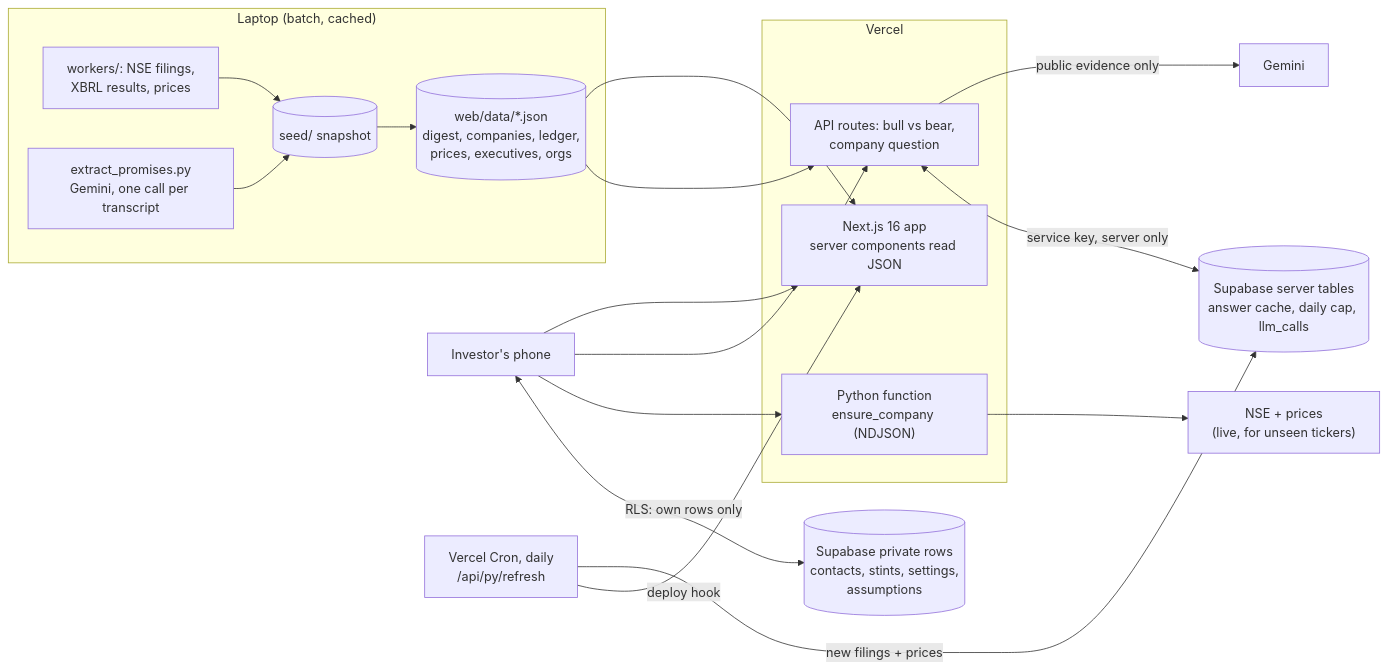
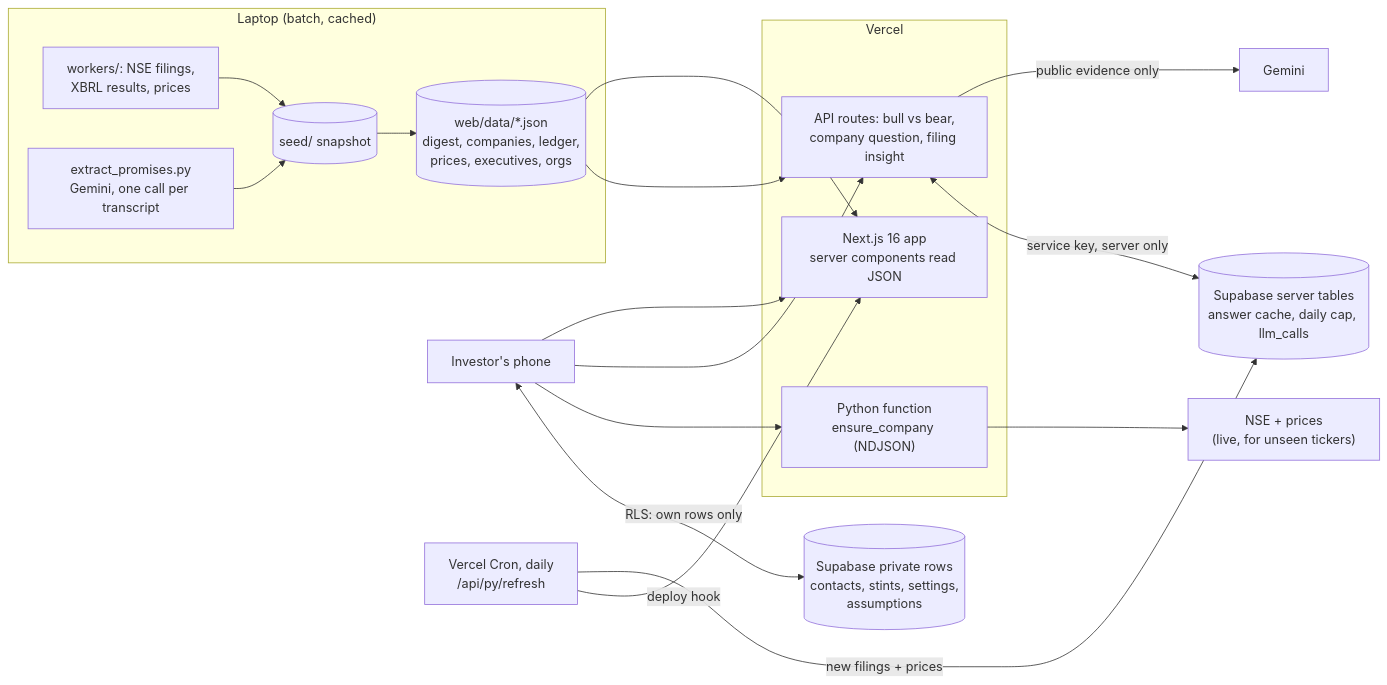
Before and after one commit to agarwal777/ASSIGNMENT1: the diagram in README.md, drawn with Mermaid. The commit also changed other lines of this file and 1 other file, not shown here.

Commit message:
Docs: filing insight in the README and writeup; test counts 97

````diff
--- a/README.md
+++ b/README.md
@@ -75,24 +75,24 @@
 ```mermaid
 flowchart LR
     subgraph Laptop["Laptop (batch, cached)"]
       W1["workers/: NSE filings,\nXBRL results, prices"] --> SEED[("seed/ snapshot")]
       W2["extract_promises.py\nGemini, one call per transcript"] --> SEED
       SEED --> J[("web/data/*.json\ndigest, companies, ledger,\nprices, executives, orgs")]
     end
     subgraph Vercel
       N["Next.js 16 app\nserver components read JSON"]
-      A["API routes: bull vs bear,\ncompany question"]
+      A["API routes: bull vs bear,\ncompany question, filing insight"]
       P["Python function\nensure_company (NDJSON)"]
     end
     J --> N
     J --> A
     PH["Investor's phone"] --> N
     PH --> A
     PH --> P
     A -->|"public evidence only"| G["Gemini"]
     A <-->|"service key, server only"| SBS[("Supabase server tables\nanswer cache, daily cap, llm_calls")]
     P --> NSE["NSE + prices\n(live, for unseen tickers)"]
     C["Vercel Cron, daily\n/api/py/refresh"] -->|"new filings + prices"| SBS
     C -->|"deploy hook"| N
     PH <-->|"RLS: own rows only"| SB[("Supabase private rows\ncontacts, stints, settings,\nassumptions")]
 ```
````
